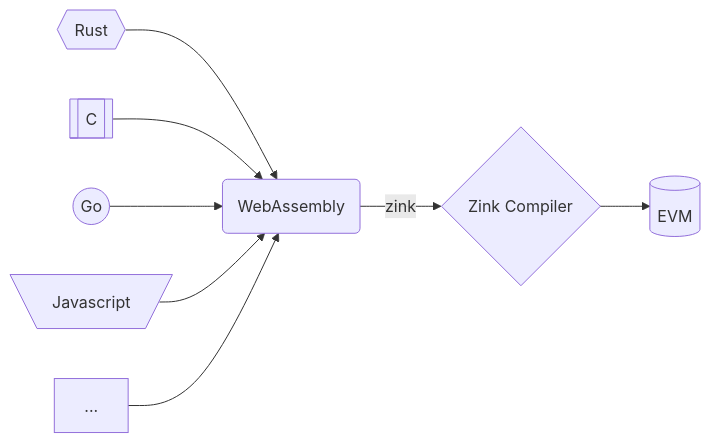
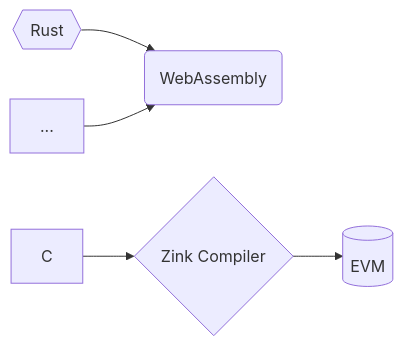
One commit to zink-lang/zink changed the diagram in README.md. Above: the diagram before and after it, drawn with Mermaid.

Commit message:
docs(README): make graph easier

````diff
--- a/README.md
+++ b/README.md
@@ -13,10 +13,7 @@
 ```mermaid
 flowchart LR
-    A{{Rust}} --> W(WebAssembly)
-    B[[C]] --> W
-    C((Go)) --> W
-    D[\Javascript/] --> W
-    E[...] --> W
-    W --> |zink| Z{Zink Compiler}
+    R{{Rust}} --> W(WebAssembly)
+    O[...] --> W
+    C --> Z{Zink Compiler}
     Z --> V[(EVM)]
 ```
````
